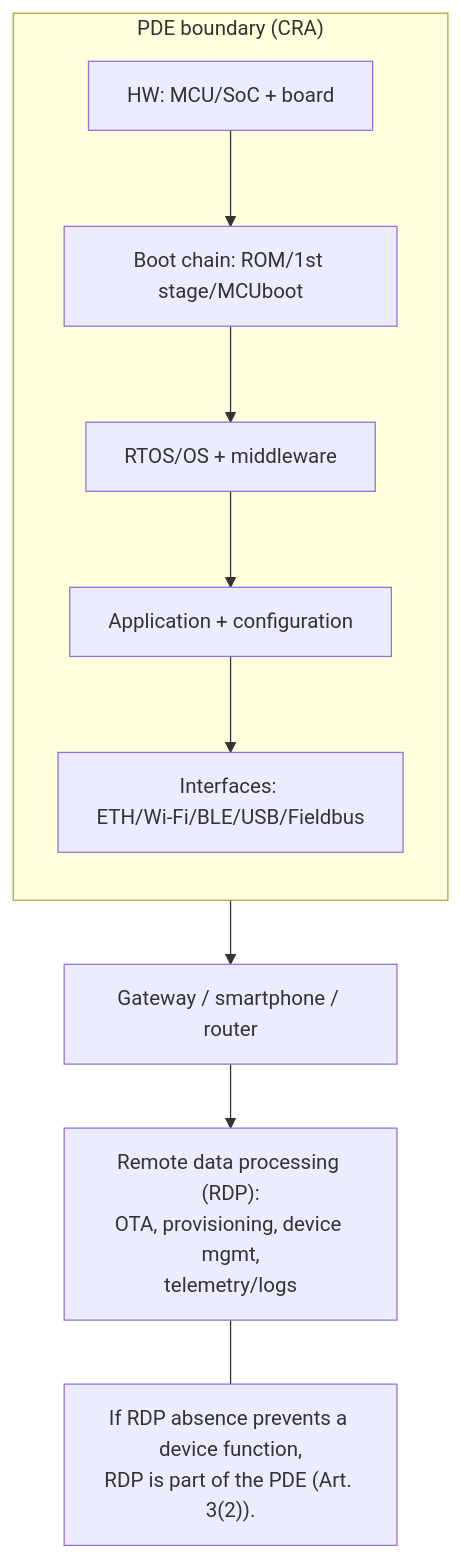
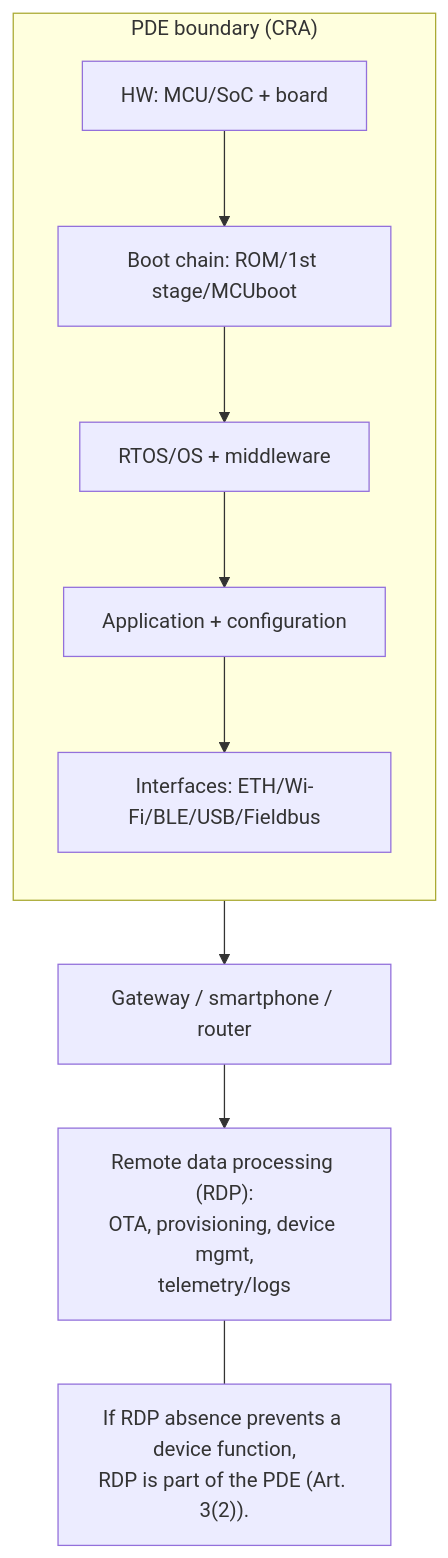
One commit to Ac6Embedded/apollo-docs changed the first of 4 diagrams in docs/security/cra/scope-and-definitions.md. Above: the diagram before and after it, drawn with Mermaid. The commit also changed other lines of this file and 68 other files, not shown here.

````diff
--- a/docs/security/cra/scope-and-definitions.md
+++ b/docs/security/cra/scope-and-definitions.md
@@ -64,16 +67,16 @@
 ```mermaid
 flowchart TD
   subgraph PDE["PDE boundary (CRA)"]
     direction TB
     HW["HW: MCU/SoC + board"] --> BOOT["Boot chain: ROM/1st stage/MCUboot"]
     BOOT --> OS["RTOS/OS + middleware"]
     OS --> APP["Application + configuration"]
-    APP --> IF["Interfaces: ETH/Wi‑Fi/BLE/USB/Fieldbus"]
+    APP --> IF["Interfaces: ETH/Wi-Fi/BLE/USB/Fieldbus"]
   end
 
   IF --> GW["Gateway / smartphone / router"]
   GW --> RDP["Remote data processing (RDP):<br/>OTA, provisioning, device mgmt,<br/>telemetry/logs"]
 
   note1["If RDP absence prevents a device function,<br/>RDP is part of the PDE (Art. 3(2))."]
   RDP --- note1
 ```
````
